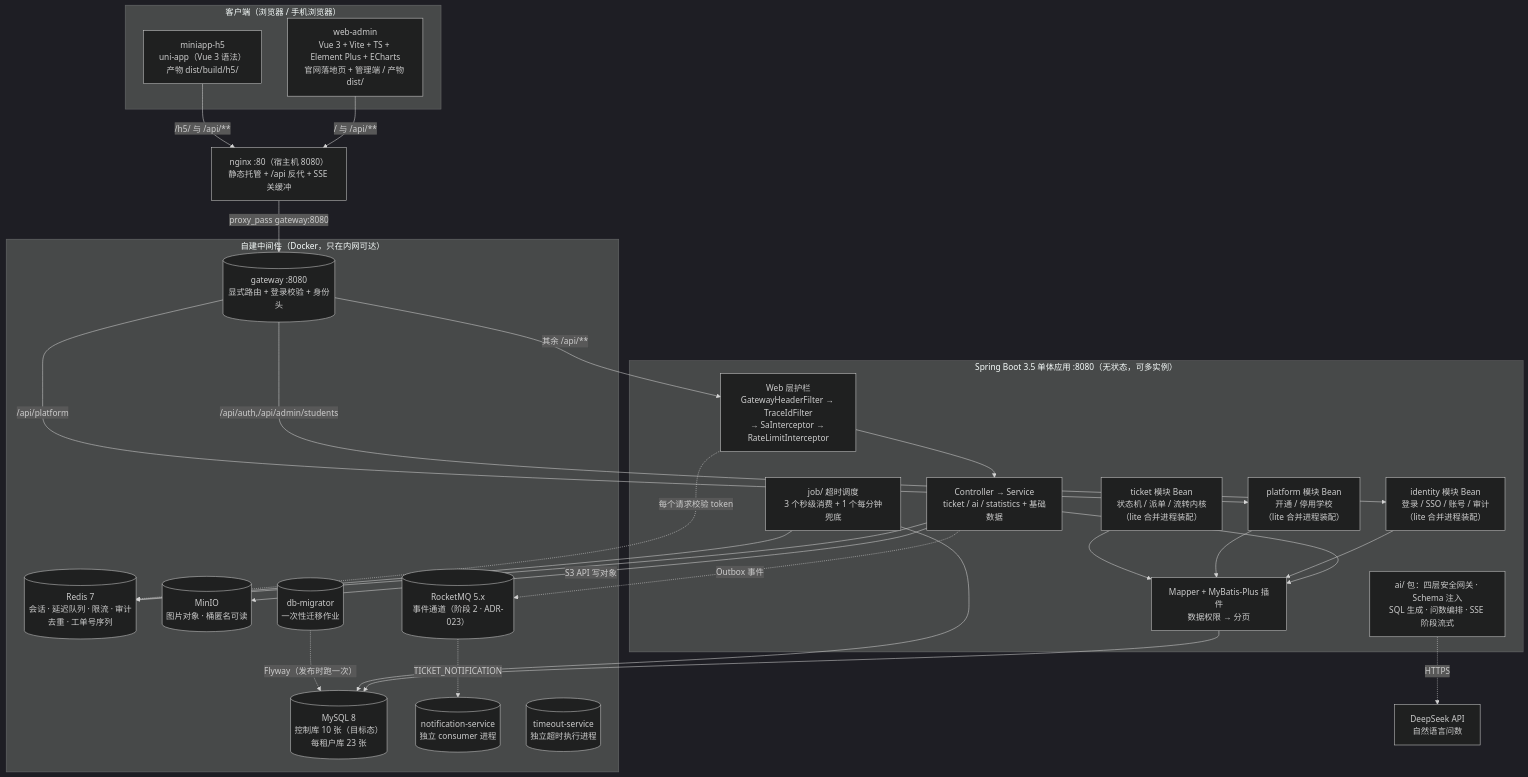
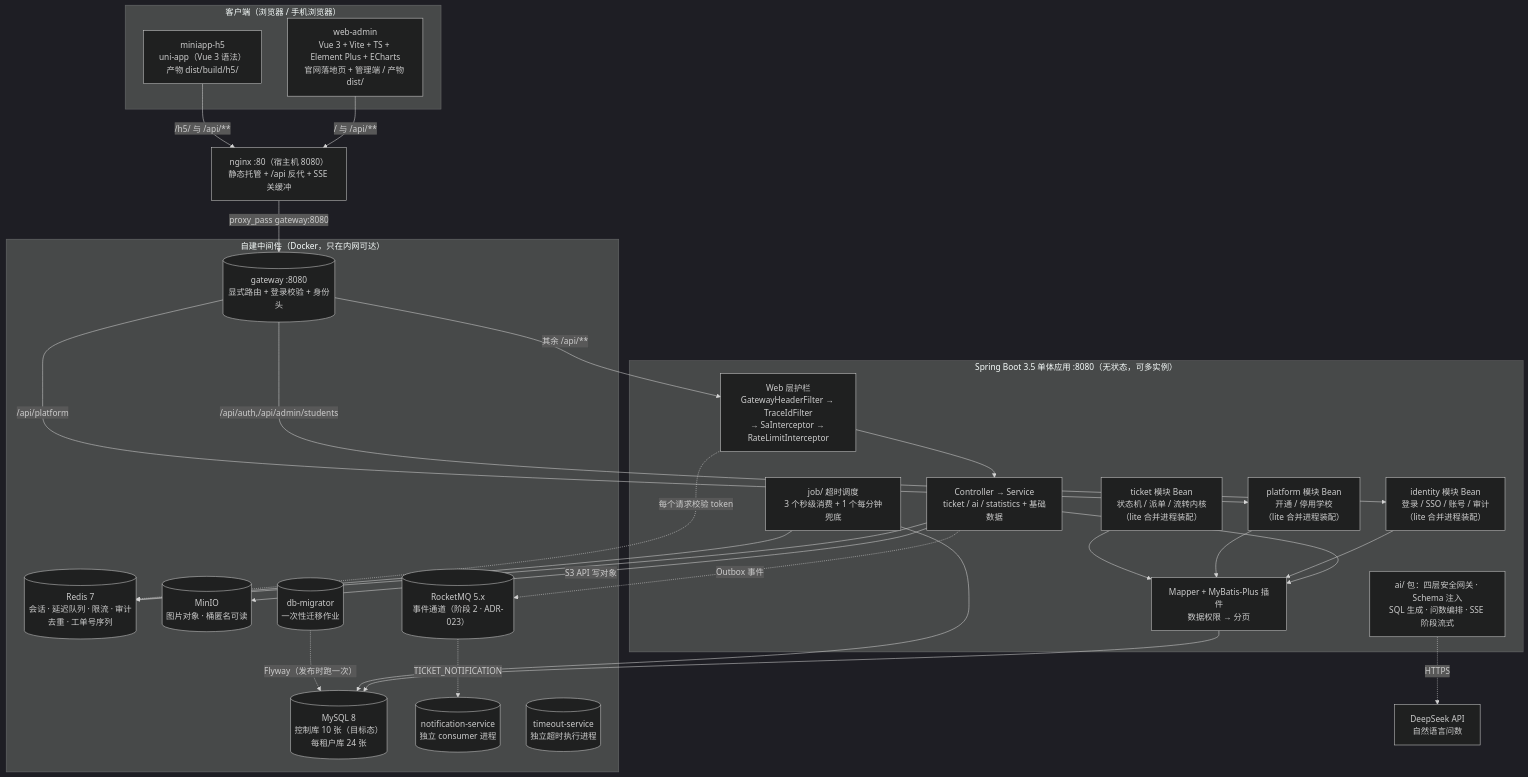
The second of 14 diagrams in docs/06-架构图.md (bluemalic/repair-platform), drawn with Mermaid (dark theme) before and after one commit. The commit also changed other lines of this file and 5 other files, not shown here.

````diff
--- a/docs/06-架构图.md
+++ b/docs/06-架构图.md
@@ -80,55 +80,55 @@
 ```mermaid
 flowchart TB
     subgraph client["客户端（浏览器 / 手机浏览器）"]
         adminApp["web-admin<br/>Vue 3 + Vite + TS + Element Plus + ECharts<br/>官网落地页 + 管理端 / 产物 dist/"]
         h5App["miniapp-h5<br/>uni-app（Vue 3 语法）<br/>产物 dist/build/h5/"]
     end
 
     nginx["nginx :80（宿主机 8080）<br/>静态托管 + /api 反代 + SSE 关缓冲"]
 
     subgraph boot["Spring Boot 3.5 单体应用 :8080（无状态，可多实例）"]
         guard["Web 层护栏<br/>GatewayHeaderFilter → TraceIdFilter<br/>→ SaInterceptor → RateLimitInterceptor"]
         biz["Controller → Service<br/>ticket / ai / statistics + 基础数据"]
         orm["Mapper + MyBatis-Plus 插件<br/>数据权限 → 分页"]
         sched["job/ 超时调度<br/>3 个秒级消费 + 1 个每分钟兜底"]
         aiPkg["ai/ 包：四层安全网关 · Schema 注入<br/>SQL 生成 · 问数编排 · SSE 阶段流式"]
         idx["identity 模块 Bean<br/>登录 / SSO / 账号 / 审计<br/>（lite 合并进程装配）"]
         pfm["platform 模块 Bean<br/>开通 / 停用学校<br/>（lite 合并进程装配）"]
         tkm["ticket 模块 Bean<br/>状态机 / 派单 / 流转内核<br/>（lite 合并进程装配）"]
     end
 
     subgraph infra["自建中间件（Docker，只在内网可达）"]
-        mysql[("MySQL 8<br/>控制库 10 张（目标态）<br/>每租户库 23 张")]
+        mysql[("MySQL 8<br/>控制库 10 张（目标态）<br/>每租户库 24 张")]
         redis[("Redis 7<br/>会话 · 延迟队列 · 限流 · 审计去重 · 工单号序列")]
         minio[("MinIO<br/>图片对象 · 桶匿名可读")]
         rocketmq[("RocketMQ 5.x<br/>事件通道（阶段 2 · ADR-023）")]
         notification[("notification-service<br/>独立 consumer 进程")]
         timeout[("timeout-service<br/>独立超时执行进程")]
         gateway[("gateway :8080<br/>显式路由 + 登录校验 + 身份头")]
         migrator[("db-migrator<br/>一次性迁移作业")]
     end
 
     deepseek["DeepSeek API<br/>自然语言问数"]
 
     adminApp -->|"/ 与 /api/**"| nginx
     h5App -->|"/h5/ 与 /api/**"| nginx
     nginx -->|"proxy_pass gateway:8080"| gateway
     gateway -->|"/api/auth,/api/admin/students"| idx
     gateway -->|"/api/platform"| pfm
     gateway -->|"其余 /api/**"| guard
     guard --> biz
     biz --> orm
     idx --> orm
     pfm --> orm
     tkm --> orm
     orm --> mysql
     biz --> redis
     biz -->|"S3 API 写对象"| minio
     biz -.->|"Outbox 事件"| rocketmq
     rocketmq -.->|"TICKET_NOTIFICATION"| notification
     sched --> redis
     sched --> mysql
     guard -.->|"每个请求校验 token"| redis
     aiPkg -.->|"HTTPS"| deepseek
     migrator -.->|"Flyway（发布时跑一次）"| mysql
 ```
````
